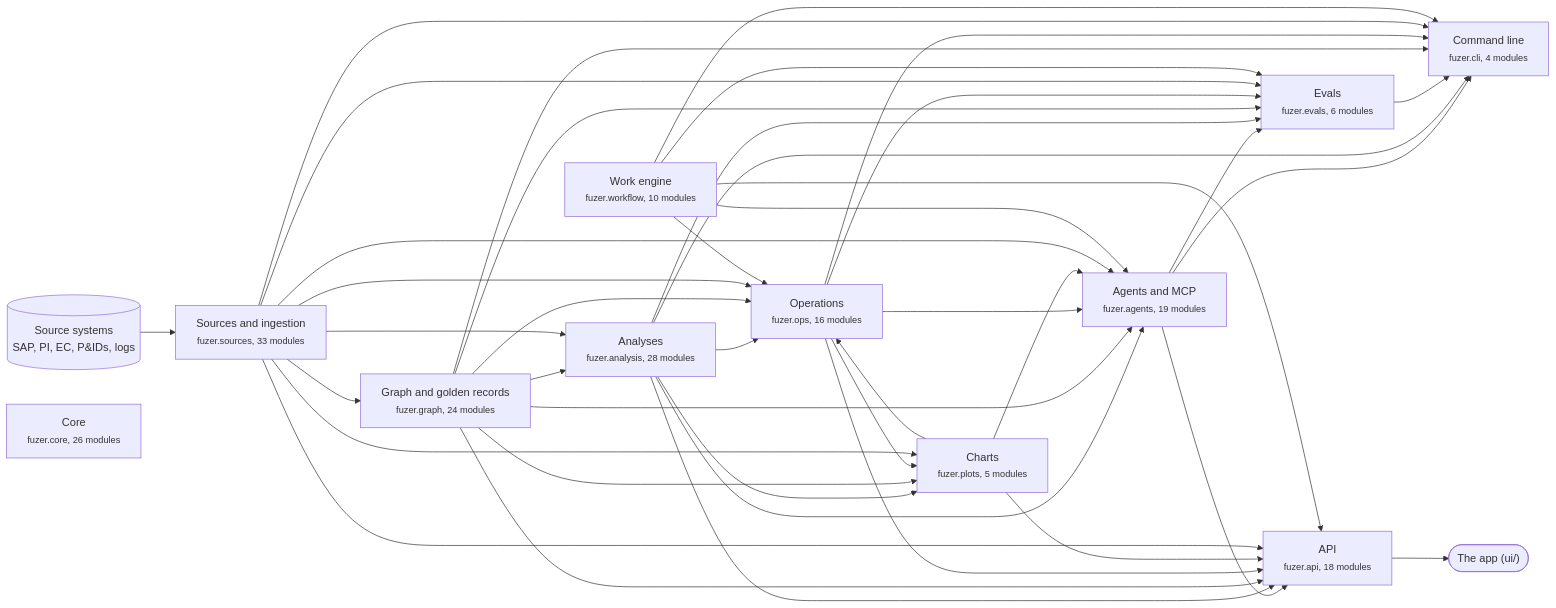
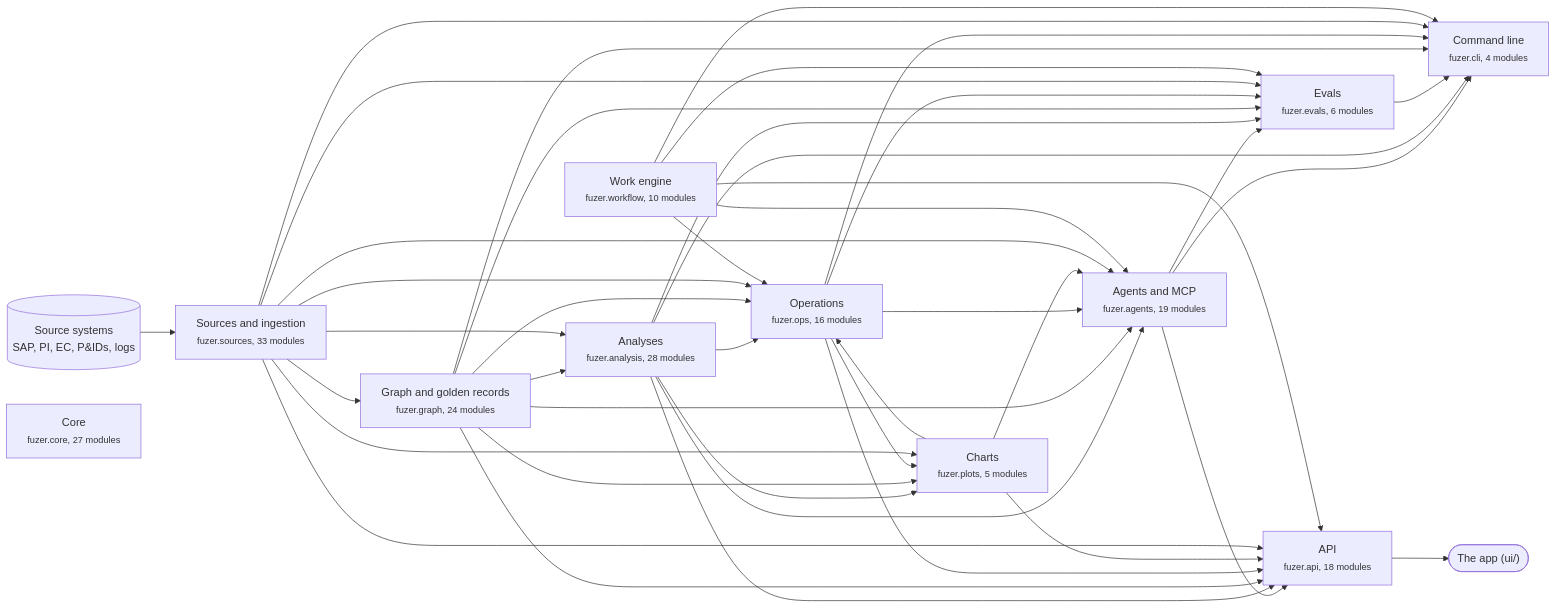
One commit to areed145/fuzer changed the first of 3 diagrams in docs/architecture.md. Above: the diagram before and after it, drawn with Mermaid. The commit also changed other lines of this file and 27 other files, not shown here.

````diff
--- a/docs/architecture.md
+++ b/docs/architecture.md
@@ -8,66 +8,66 @@
 ```mermaid
 flowchart LR
   systems[("Source systems<br>SAP, PI, EC, P&IDs, logs")] --> c_sources
   app(["The app (ui/)"])
   c_api --> app
   c_sources["Sources and ingestion<br><small>fuzer.sources, 33 modules</small>"]
   c_graph["Graph and golden records<br><small>fuzer.graph, 24 modules</small>"]
   c_analysis["Analyses<br><small>fuzer.analysis, 28 modules</small>"]
   c_ops["Operations<br><small>fuzer.ops, 16 modules</small>"]
   c_plots["Charts<br><small>fuzer.plots, 5 modules</small>"]
   c_workflow["Work engine<br><small>fuzer.workflow, 10 modules</small>"]
   c_agents["Agents and MCP<br><small>fuzer.agents, 19 modules</small>"]
   c_evals["Evals<br><small>fuzer.evals, 6 modules</small>"]
   c_api["API<br><small>fuzer.api, 18 modules</small>"]
   c_cli["Command line<br><small>fuzer.cli, 4 modules</small>"]
-  c_core["Core<br><small>fuzer.core, 26 modules</small>"]
+  c_core["Core<br><small>fuzer.core, 27 modules</small>"]
   c_sources --> c_graph
   c_graph --> c_analysis
   c_sources --> c_analysis
   c_analysis --> c_ops
   c_graph --> c_ops
   c_plots --> c_ops
   c_sources --> c_ops
   c_workflow --> c_ops
   c_analysis --> c_plots
   c_graph --> c_plots
   c_ops --> c_plots
   c_sources --> c_plots
   c_analysis --> c_agents
   c_graph --> c_agents
   c_ops --> c_agents
   c_plots --> c_agents
   c_sources --> c_agents
   c_workflow --> c_agents
   c_agents --> c_evals
   c_analysis --> c_evals
   c_graph --> c_evals
   c_ops --> c_evals
   c_sources --> c_evals
   c_workflow --> c_evals
   c_agents --> c_api
   c_analysis --> c_api
   c_graph --> c_api
   c_ops --> c_api
   c_plots --> c_api
   c_sources --> c_api
   c_workflow --> c_api
   c_agents --> c_cli
   c_analysis --> c_cli
   c_evals --> c_cli
   c_graph --> c_cli
   c_ops --> c_cli
   c_sources --> c_cli
   c_workflow --> c_cli
   click c_sources "https://github.com/areed145/fuzer/tree/main/src/fuzer/sources"
   click c_graph "https://github.com/areed145/fuzer/tree/main/src/fuzer/graph"
   click c_analysis "https://github.com/areed145/fuzer/tree/main/src/fuzer/analysis"
   click c_ops "https://github.com/areed145/fuzer/tree/main/src/fuzer/ops"
   click c_plots "https://github.com/areed145/fuzer/tree/main/src/fuzer/plots"
   click c_workflow "https://github.com/areed145/fuzer/tree/main/src/fuzer/workflow"
   click c_agents "https://github.com/areed145/fuzer/tree/main/src/fuzer/agents"
   click c_evals "https://github.com/areed145/fuzer/tree/main/src/fuzer/evals"
   click c_api "https://github.com/areed145/fuzer/tree/main/src/fuzer/api"
   click c_cli "https://github.com/areed145/fuzer/tree/main/src/fuzer/cli"
   click c_core "https://github.com/areed145/fuzer/tree/main/src/fuzer/core"
 ```
````
